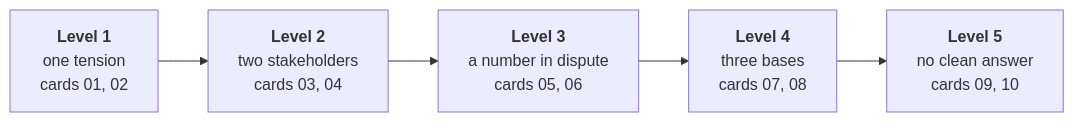
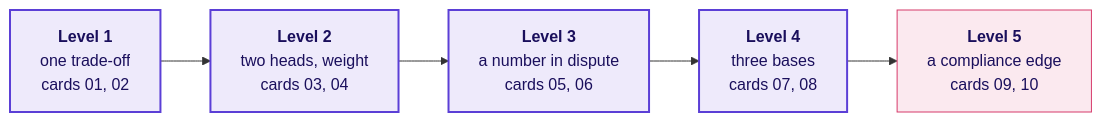
One commit to fde-academy-lab/c2-content-factory changed the diagram in content/W03/D5/gd/C2_W03_D05_gd_prompts_TRAINER.md. Above: the diagram before and after it, drawn with Mermaid. The commit also changed other lines of this file and 23 other files, not shown here.

First line of the commit message:
W03 D5 GD family in the US setting: ten new cards that climb from one trade-off to a compliance edge, the prompts and the facilitation notes

````diff
--- a/content/W03/D5/gd/C2_W03_D05_gd_prompts_TRAINER.md
+++ b/content/W03/D5/gd/C2_W03_D05_gd_prompts_TRAINER.md
@@ -15,7 +37,11 @@
 ```mermaid
 flowchart LR
-    L1["<b>Level 1</b><br/>one tension<br/>cards 01, 02"] --> L2["<b>Level 2</b><br/>two stakeholders<br/>cards 03, 04"]
+    L1["<b>Level 1</b><br/>one trade-off<br/>cards 01, 02"] --> L2["<b>Level 2</b><br/>two heads, weight<br/>cards 03, 04"]
     L2 --> L3["<b>Level 3</b><br/>a number in dispute<br/>cards 05, 06"]
     L3 --> L4["<b>Level 4</b><br/>three bases<br/>cards 07, 08"]
-    L4 --> L5["<b>Level 5</b><br/>no clean answer<br/>cards 09, 10"]
+    L4 --> L5["<b>Level 5</b><br/>a compliance edge<br/>cards 09, 10"]
+    classDef known fill:#EEEAFB,stroke:#5B3FD6,color:#1A0F5C,stroke-width:2px
+    classDef bad fill:#FBE9EF,stroke:#D63A6A,color:#1A0F5C
+    class L1,L2,L3,L4 known
+    class L5 bad
 ```
````
